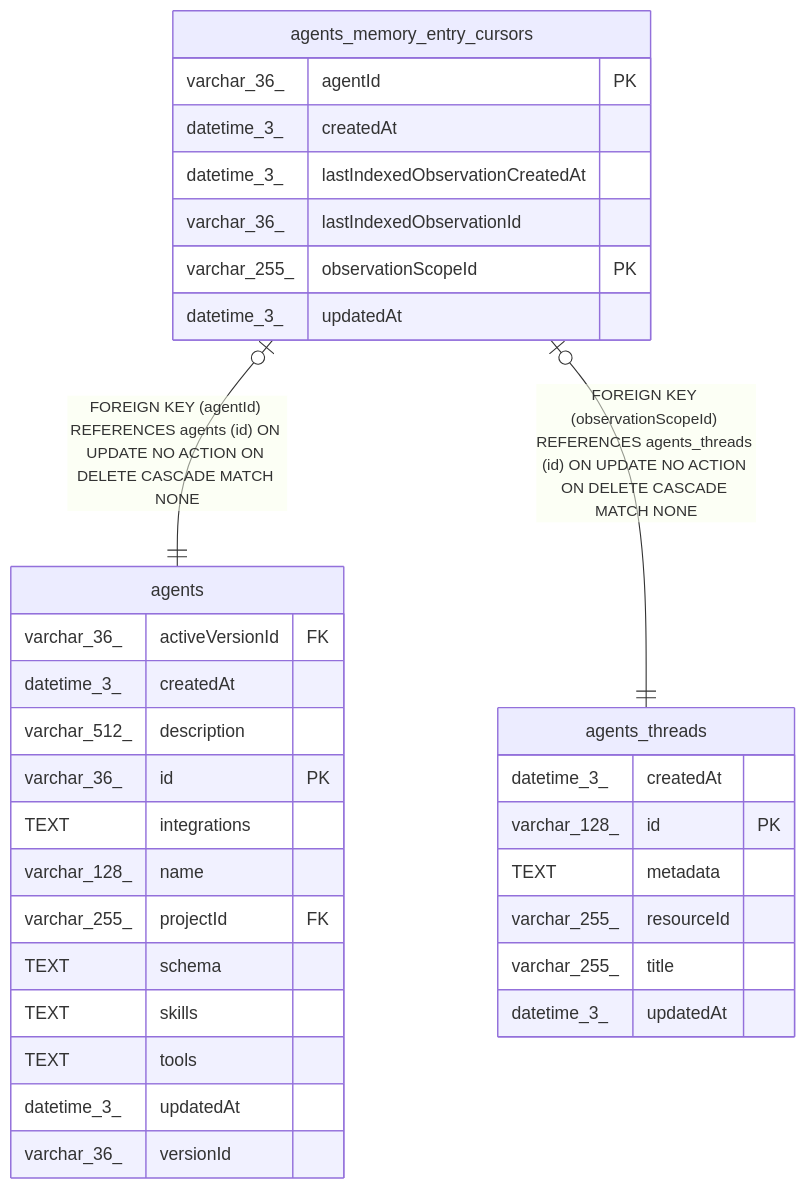
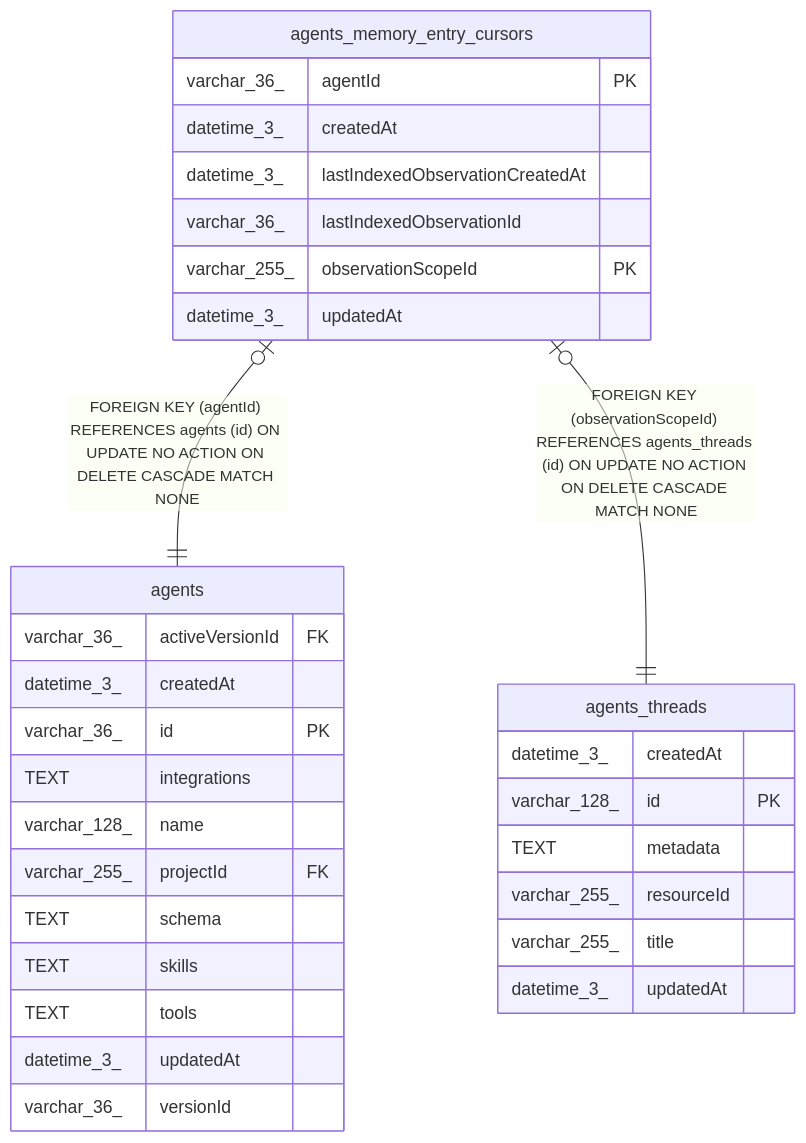
The diagram in docs/generated/sqlite-schema/agents_memory_entry_cursors.md (ggrace519/n8n), drawn with Mermaid before and after one commit. The commit also changed 69 other files, not shown here.

````diff
--- a/docs/generated/sqlite-schema/agents_memory_entry_cursors.md
+++ b/docs/generated/sqlite-schema/agents_memory_entry_cursors.md
@@ -44,37 +44,36 @@
 ```mermaid
 erDiagram
 
 "agents_memory_entry_cursors" |o--|| "agents" : "FOREIGN KEY (agentId) REFERENCES agents (id) ON UPDATE NO ACTION ON DELETE CASCADE MATCH NONE"
 "agents_memory_entry_cursors" |o--|| "agents_threads" : "FOREIGN KEY (observationScopeId) REFERENCES agents_threads (id) ON UPDATE NO ACTION ON DELETE CASCADE MATCH NONE"
 
 "agents_memory_entry_cursors" {
   varchar_36_ agentId PK
   datetime_3_ createdAt
   datetime_3_ lastIndexedObservationCreatedAt
   varchar_36_ lastIndexedObservationId
   varchar_255_ observationScopeId PK
   datetime_3_ updatedAt
 }
 "agents" {
   varchar_36_ activeVersionId FK
   datetime_3_ createdAt
-  varchar_512_ description
   varchar_36_ id PK
   TEXT integrations
   varchar_128_ name
   varchar_255_ projectId FK
   TEXT schema
   TEXT skills
   TEXT tools
   datetime_3_ updatedAt
   varchar_36_ versionId
 }
 "agents_threads" {
   datetime_3_ createdAt
   varchar_128_ id PK
   TEXT metadata
   varchar_255_ resourceId
   varchar_255_ title
   datetime_3_ updatedAt
 }
 ```
````
